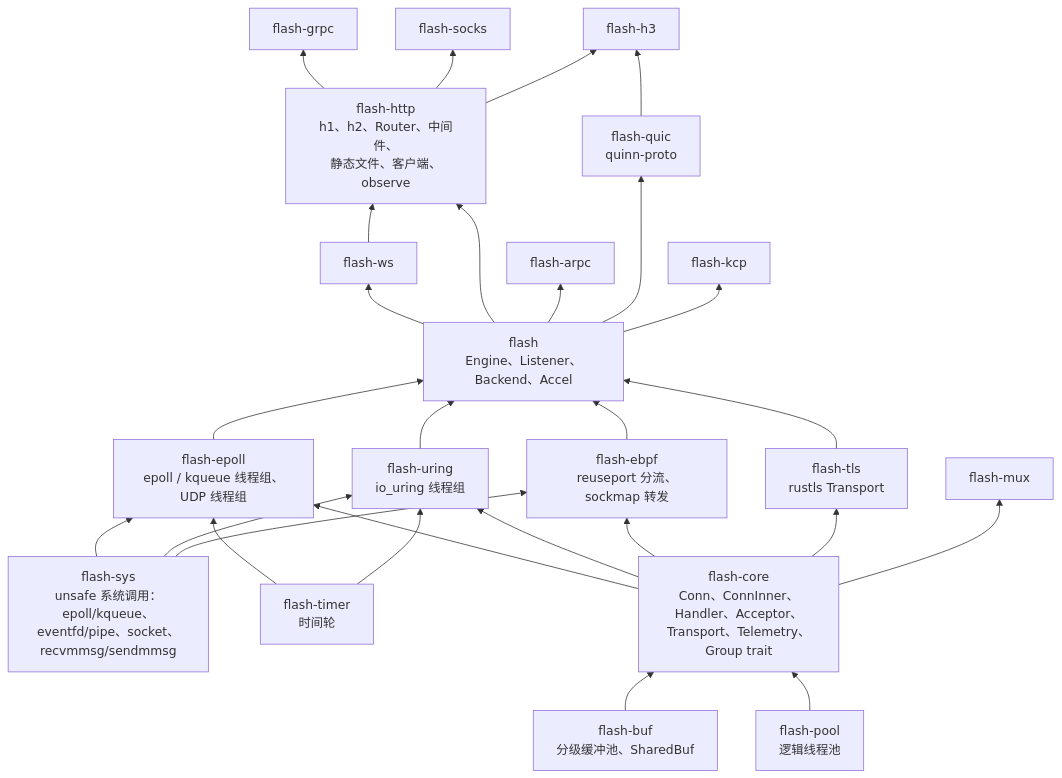
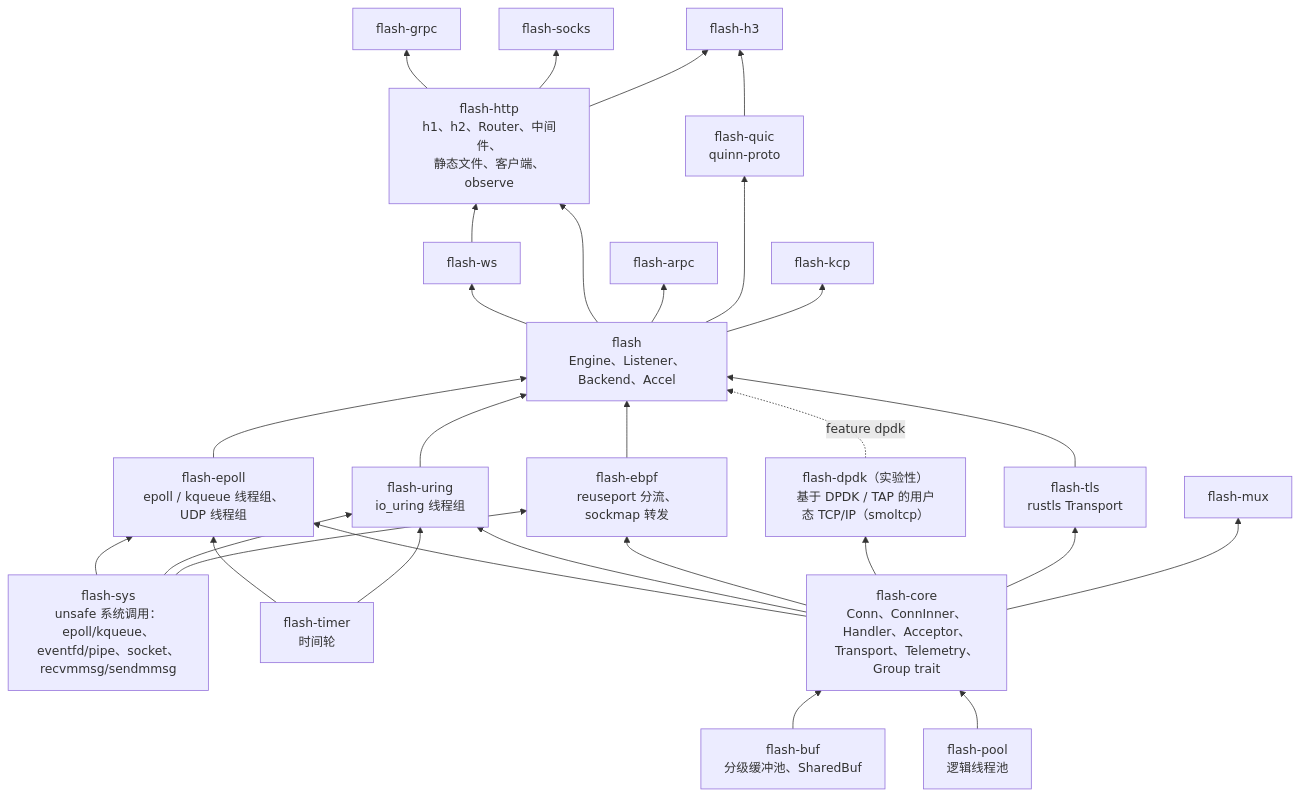
One commit to lesismal/akio changed the first of 6 diagrams in docs/architecture.zh-CN.md. Above: the diagram before and after it, drawn with Mermaid. The commit also changed other lines of this file and 40 other files, not shown here.

````diff
--- a/docs/architecture.zh-CN.md
+++ b/docs/architecture.zh-CN.md
@@ -12,49 +12,52 @@
 ```mermaid
 flowchart BT
     sys["flash-sys<br/>unsafe 系统调用：epoll/kqueue、<br/>eventfd/pipe、socket、recvmmsg/sendmmsg"]
     buf["flash-buf<br/>分级缓冲池、SharedBuf"]
     timer["flash-timer<br/>时间轮"]
     pool["flash-pool<br/>逻辑线程池"]
     core["flash-core<br/>Conn、ConnInner、Handler、Acceptor、<br/>Transport、Telemetry、Group trait"]
     epoll["flash-epoll<br/>epoll / kqueue 线程组、UDP 线程组"]
     uring["flash-uring<br/>io_uring 线程组"]
     ebpf["flash-ebpf<br/>reuseport 分流、sockmap 转发"]
+    dpdk["flash-dpdk（实验性）<br/>基于 DPDK / TAP 的用户态 TCP/IP（smoltcp）"]
     tls["flash-tls<br/>rustls Transport"]
     facade["flash<br/>Engine、Listener、Backend、Accel"]
     http["flash-http<br/>h1、h2、Router、中间件、<br/>静态文件、客户端、observe"]
     ws[flash-ws]
     grpc[flash-grpc]
     arpc[flash-arpc]
     socks[flash-socks]
     mux[flash-mux]
     quic["flash-quic<br/>quinn-proto"]
     h3[flash-h3]
     kcp[flash-kcp]
 
     buf --> core
     pool --> core
     core --> epoll
     sys --> epoll
     timer --> epoll
     core --> uring
     sys --> uring
     timer --> uring
     core --> ebpf
+    core --> dpdk
     sys --> ebpf
     core --> tls
     epoll --> facade
     uring --> facade
     ebpf --> facade
+    dpdk -.->|feature dpdk| facade
     tls --> facade
     facade --> ws
     facade --> http
     ws --> http
     http --> grpc
     facade --> arpc
     http --> socks
     core --> mux
     facade --> quic
     quic --> h3
     http --> h3
     facade --> kcp
 ```
````
